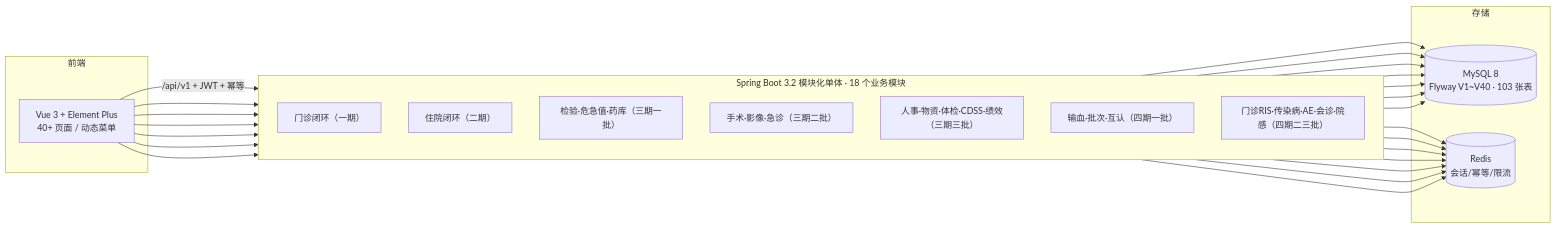
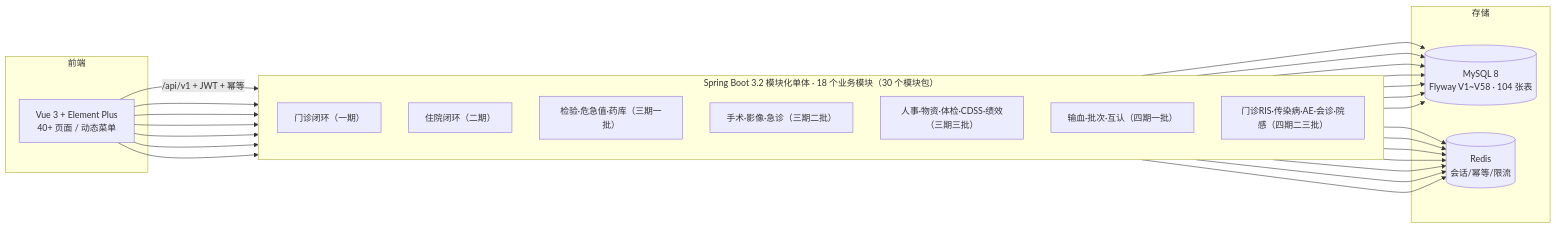
One commit to shushi2369/hospital-information-system changed the diagram in README.md. Above: the diagram before and after it, drawn with Mermaid. The commit also changed other lines of this file, not shown here.

````diff
--- a/README.md
+++ b/README.md
@@ -16,23 +16,23 @@
 ```mermaid
 graph LR
     subgraph 前端
         W["Vue 3 + Element Plus<br/>40+ 页面 / 动态菜单"]
     end
-    subgraph 后端["Spring Boot 3.2 模块化单体 · 18 个业务模块"]
+    subgraph 后端["Spring Boot 3.2 模块化单体 · 18 个业务模块（30 个模块包）"]
         direction TB
         A["门诊闭环（一期）"]
         B["住院闭环（二期）"]
         C["检验·危急值·药库（三期一批）"]
         D["手术·影像·急诊（三期二批）"]
         E["人事·物资·体检·CDSS·绩效（三期三批）"]
         F["输血·批次·互认（四期一批）"]
         G["门诊RIS·传染病·AE·会诊·院感（四期二三批）"]
     end
     subgraph 存储
-        D2[("MySQL 8<br/>Flyway V1~V40 · 103 张表")]
+        D2[("MySQL 8<br/>Flyway V1~V58 · 104 张表")]
         R[("Redis<br/>会话/幂等/限流")]
     end
     W -->|"/api/v1 + JWT + 幂等"| A
     W --> B & C & D & E & F & G
     A & B & C & D & E & F & G --> D2 & R
 ```
````
